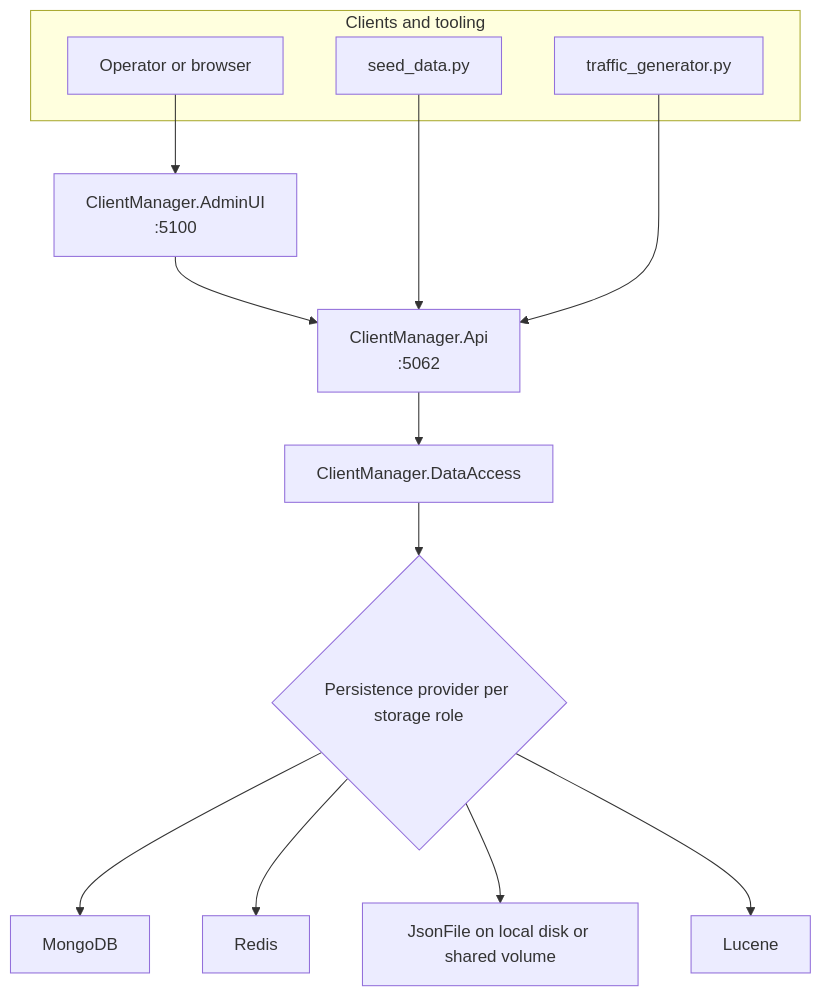
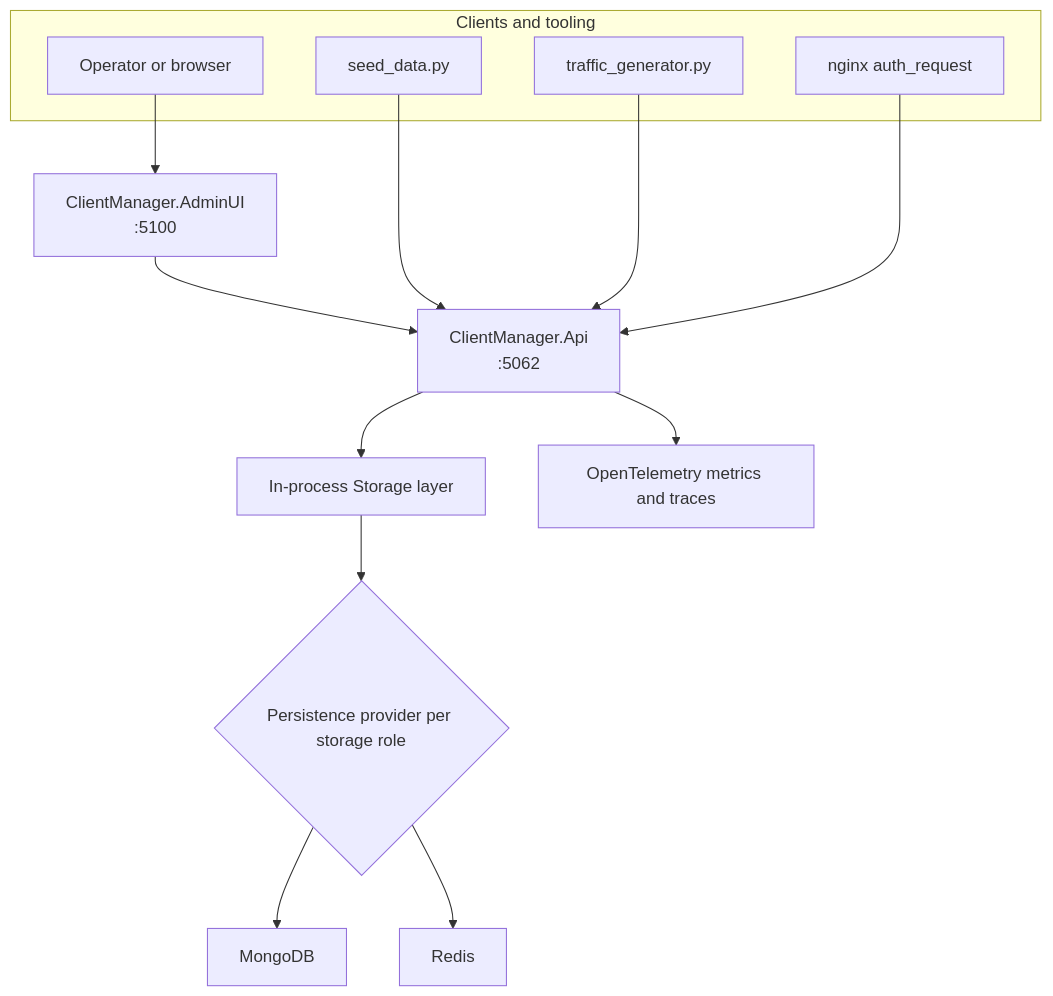
The diagram in README.md (ShaharMS/ClientManager), drawn with Mermaid before and after one commit. The commit also changed other lines of this file and 74 other files, not shown here.

First line of the commit message:
Add regression tests and update ops docs for lean architecture.

````diff
--- a/README.md
+++ b/README.md
@@ -30,20 +30,21 @@
 ```mermaid
 flowchart TD
     subgraph clients[Clients and tooling]
         operator[Operator or browser]
         seed[seed_data.py]
         traffic[traffic_generator.py]
+        nginx[nginx auth_request]
     end
 
     operator --> ui[ClientManager.AdminUI<br/>:5100]
     ui --> api[ClientManager.Api<br/>:5062]
     seed --> api
     traffic --> api
-    api --> da[ClientManager.DataAccess]
+    nginx --> api
 
-    da --> provider{Persistence provider per storage role}
+    api --> storage[In-process Storage layer]
+    storage --> provider{Persistence provider per storage role}
     provider --> mongo[MongoDB]
     provider --> redis[Redis]
-    provider --> files[JsonFile on local disk or shared volume]
-    provider --> lucene[Lucene]
+    api --> otel[OpenTelemetry metrics and traces]
 ```
````
